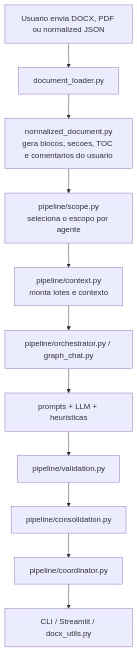
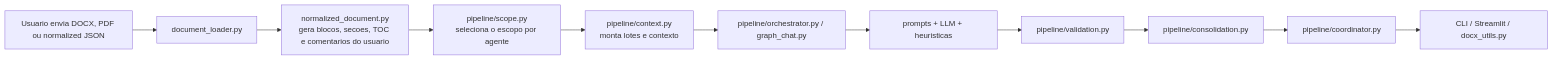
The first of 2 diagrams in README.md (0rakul0/IPEA_editorial), drawn with Mermaid before and after one commit.

Commit message:
Change flowchart direction in README
Updated flowchart direction from TD to LR in README.

````diff
--- a/README.md
+++ b/README.md
@@ -130,13 +130,13 @@
 ```mermaid
-flowchart TD
+flowchart LR
     A["Usuario envia DOCX, PDF ou normalized JSON"] --> B["document_loader.py"]
     B --> C["normalized_document.py<br/>gera blocos, secoes, TOC e comentarios do usuario"]
     C --> D["pipeline/scope.py<br/>seleciona o escopo por agente"]
     D --> E["pipeline/context.py<br/>monta lotes e contexto"]
     E --> F["pipeline/orchestrator.py / graph_chat.py"]
     F --> G["prompts + LLM + heuristicas"]
     G --> H["pipeline/validation.py"]
     H --> I["pipeline/consolidation.py"]
     I --> J["pipeline/coordinator.py"]
     J --> K["CLI / Streamlit / docx_utils.py"]
 ```
````
